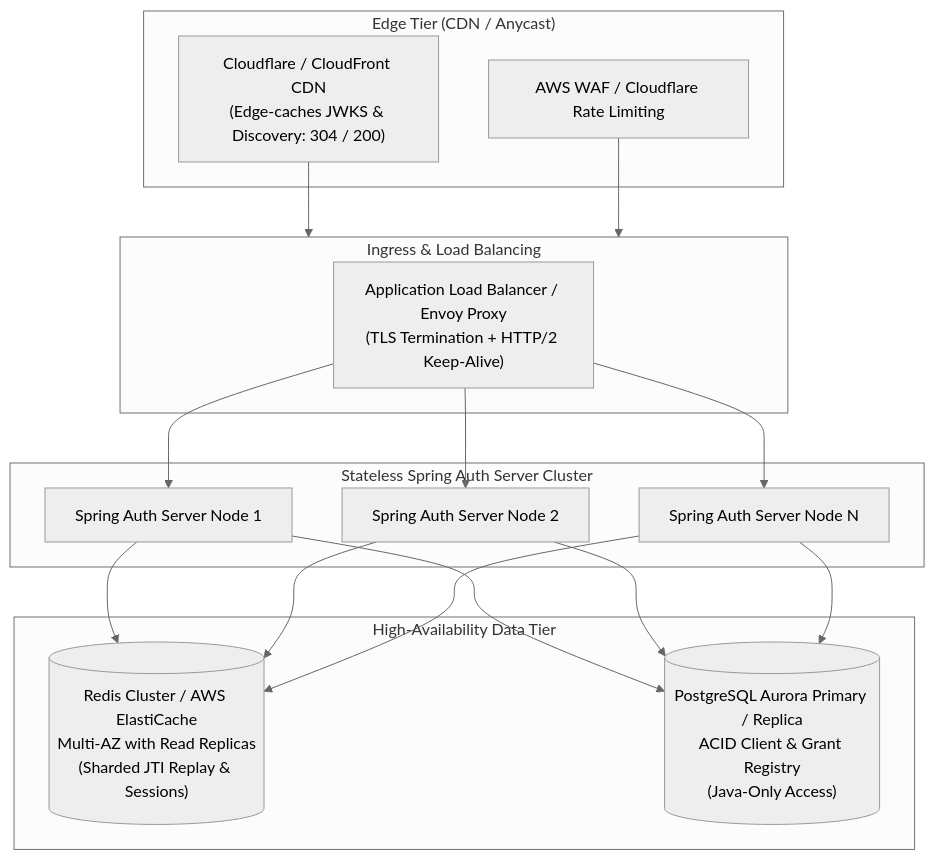
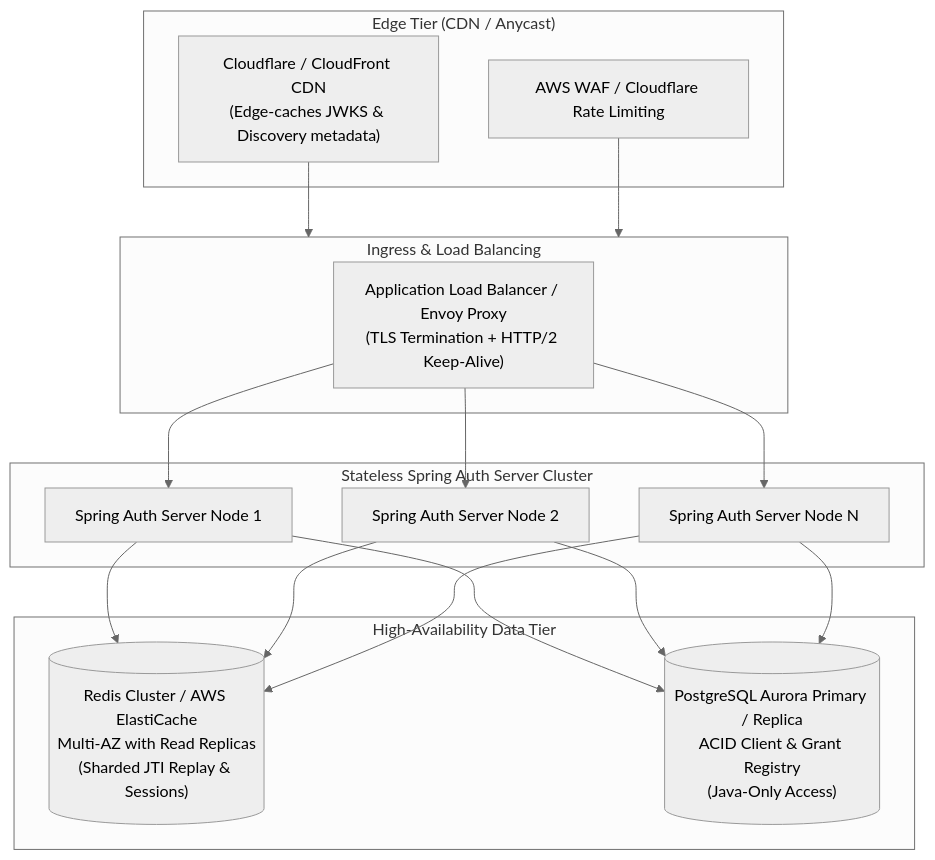
Before and after one commit to shoeyn/oauth-server: the third of 4 diagrams in docs/architecture/performance_and_scalability.md, drawn with Mermaid (neutral theme). The commit also changed other lines of this file and 10 other files, not shown here.

````diff
--- a/docs/architecture/performance_and_scalability.md
+++ b/docs/architecture/performance_and_scalability.md
@@ -229,30 +227,30 @@
 ```mermaid
 flowchart TD
     subgraph Edge ["Edge Tier (CDN / Anycast)"]
-        CDN["Cloudflare / CloudFront CDN<br/>(Edge-caches JWKS & Discovery: 304 / 200)"]
+        CDN["Cloudflare / CloudFront CDN<br/>(Edge-caches JWKS & Discovery metadata)"]
         WAF["AWS WAF / Cloudflare Rate Limiting"]
     end
 
     subgraph Ingress ["Ingress & Load Balancing"]
         ALB["Application Load Balancer / Envoy Proxy<br/>(TLS Termination + HTTP/2 Keep-Alive)"]
     end
 
     subgraph AppCluster ["Stateless Spring Auth Server Cluster"]
         Node1["Spring Auth Server Node 1"]
         Node2["Spring Auth Server Node 2"]
         NodeN["Spring Auth Server Node N"]
     end
 
     subgraph DataCluster ["High-Availability Data Tier"]
         RedisCluster[("Redis Cluster / AWS ElastiCache<br/>Multi-AZ with Read Replicas<br/>(Sharded JTI Replay & Sessions)")]
         PostgresCluster[("PostgreSQL Aurora Primary / Replica<br/>ACID Client & Grant Registry<br/>(Java-Only Access)")]
     end
 
     CDN --> Ingress
     WAF --> Ingress
     ALB --> Node1
     ALB --> Node2
     ALB --> NodeN
     Node1 & Node2 & NodeN --> RedisCluster
     Node1 & Node2 & NodeN --> PostgresCluster
 ```
````
